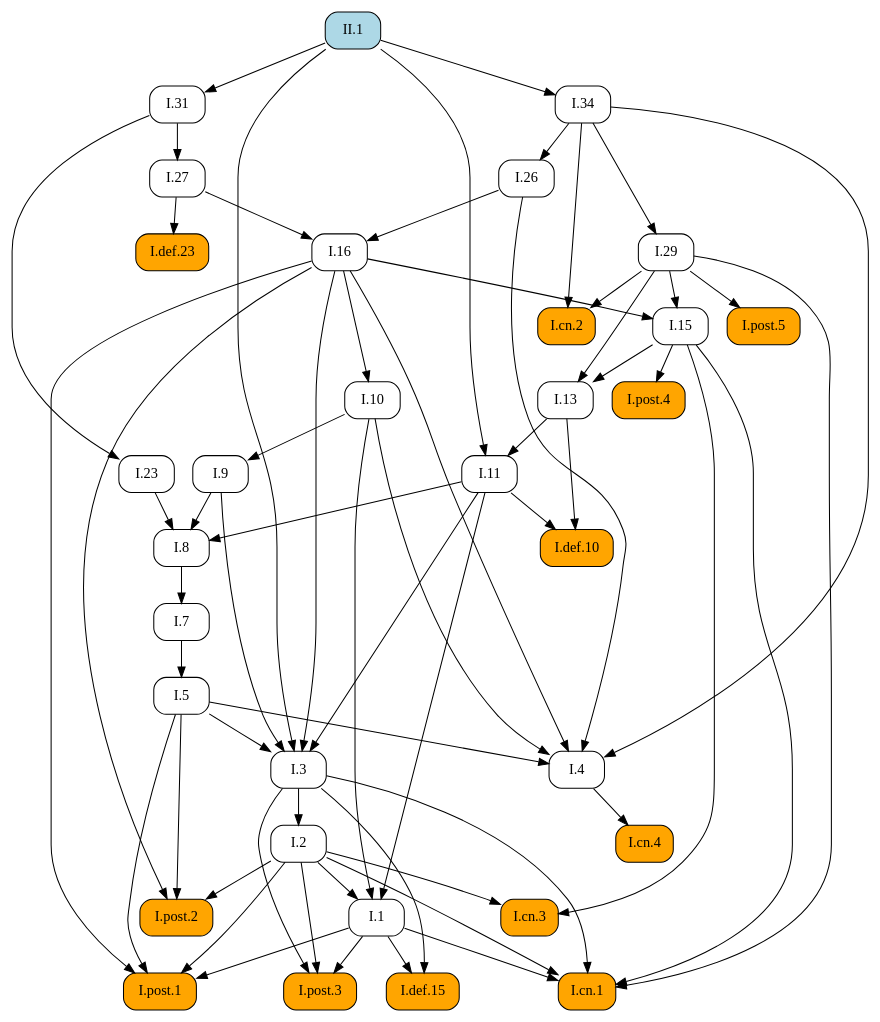
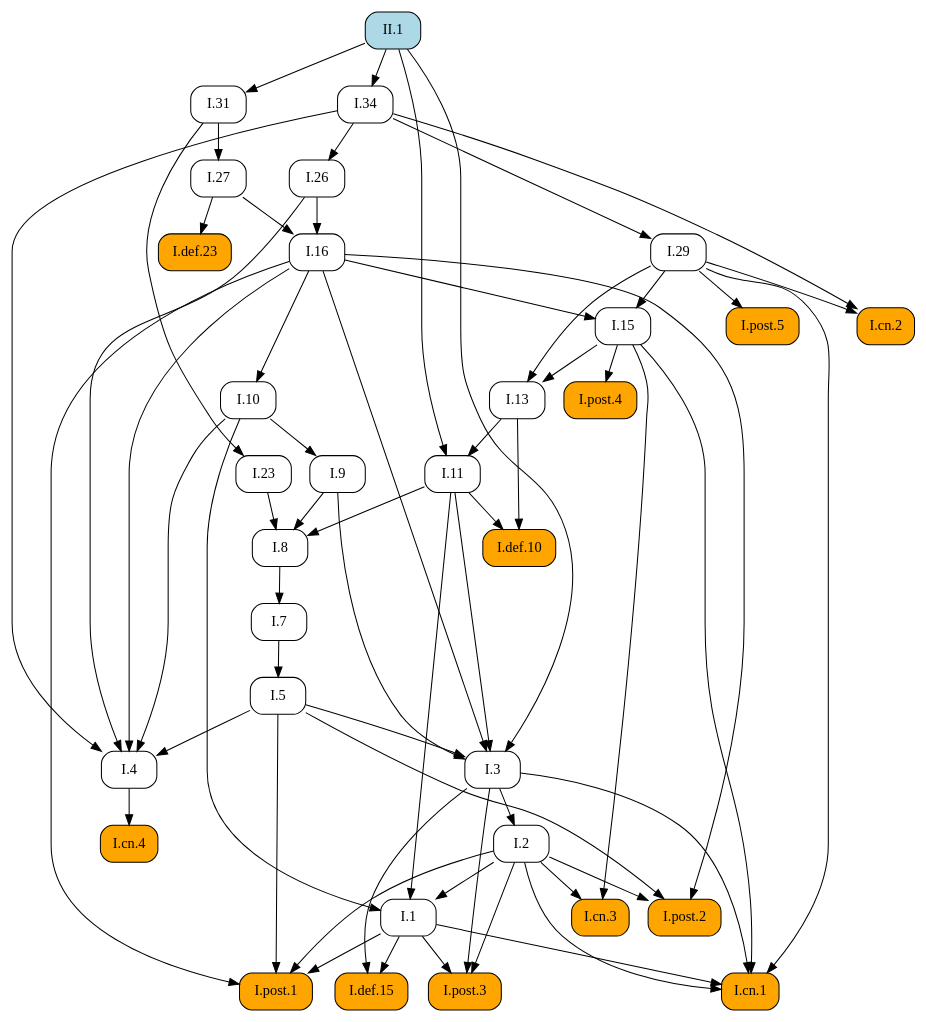
The diagram in docsrc/heath/II/1/index.rst (geometor/elements), drawn with Graphviz before and after one commit. The commit also changed other lines of this file and 484 other files, not shown here.

```diff
--- a/docsrc/heath/II/1/index.rst
+++ b/docsrc/heath/II/1/index.rst
@@ -50,98 +50,98 @@
    digraph {
      rankdir="TB";
      node [shape=box, style=rounded];
+     "I.23" [URL="/heath/I/23/", target="_top"];
+     "I.9" [URL="/heath/I/9/", target="_top"];
+     "I.cn.1" [style="rounded,filled", fillcolor=orange, URL="/heath/I/cn.1/", target="_top"];
+     "II.1" [style="rounded,filled", fillcolor=lightblue, URL="/heath/II/1/", target="_top"];
+     "I.7" [URL="/heath/I/7/", target="_top"];
+     "I.2" [URL="/heath/I/2/", target="_top"];
+     "I.def.15" [style="rounded,filled", fillcolor=orange, URL="/heath/I/def.15/", target="_top"];
+     "I.13" [URL="/heath/I/13/", target="_top"];
+     "I.post.4" [style="rounded,filled", fillcolor=orange, URL="/heath/I/post.4/", target="_top"];
+     "I.4" [URL="/heath/I/4/", target="_top"];
+     "I.1" [URL="/heath/I/1/", target="_top"];
+     "I.post.3" [style="rounded,filled", fillcolor=orange, URL="/heath/I/post.3/", target="_top"];
+     "I.post.1" [style="rounded,filled", fillcolor=orange, URL="/heath/I/post.1/", target="_top"];
+     "I.5" [URL="/heath/I/5/", target="_top"];
+     "I.8" [URL="/heath/I/8/", target="_top"];
+     "I.29" [URL="/heath/I/29/", target="_top"];
+     "I.cn.3" [style="rounded,filled", fillcolor=orange, URL="/heath/I/cn.3/", target="_top"];
+     "I.16" [URL="/heath/I/16/", target="_top"];
+     "I.31" [URL="/heath/I/31/", target="_top"];
      "I.def.10" [style="rounded,filled", fillcolor=orange, URL="/heath/I/def.10/", target="_top"];
+     "I.15" [URL="/heath/I/15/", target="_top"];
+     "I.10" [URL="/heath/I/10/", target="_top"];
      "I.11" [URL="/heath/I/11/", target="_top"];
-     "I.post.4" [style="rounded,filled", fillcolor=orange, URL="/heath/I/post.4/", target="_top"];
-     "I.1" [URL="/heath/I/1/", target="_top"];
+     "I.def.23" [style="rounded,filled", fillcolor=orange, URL="/heath/I/def.23/", target="_top"];
+     "I.cn.2" [style="rounded,filled", fillcolor=orange, URL="/heath/I/cn.2/", target="_top"];
      "I.27" [URL="/heath/I/27/", target="_top"];
+     "I.post.5" [style="rounded,filled", fillcolor=orange, URL="/heath/I/post.5/", target="_top"];
+     "I.cn.4" [style="rounded,filled", fillcolor=orange, URL="/heath/I/cn.4/", target="_top"];
+     "I.post.2" [style="rounded,filled", fillcolor=orange, URL="/heath/I/post.2/", target="_top"];
      "I.26" [URL="/heath/I/26/", target="_top"];
-     "I.7" [URL="/heath/I/7/", target="_top"];
      "I.34" [URL="/heath/I/34/", target="_top"];
      "I.3" [URL="/heath/I/3/", target="_top"];
-     "I.2" [URL="/heath/I/2/", target="_top"];
-     "I.4" [URL="/heath/I/4/", target="_top"];
-     "I.def.23" [style="rounded,filled", fillcolor=orange, URL="/heath/I/def.23/", target="_top"];
-     "I.29" [URL="/heath/I/29/", target="_top"];
-     "I.13" [URL="/heath/I/13/", target="_top"];
-     "I.cn.2" [style="rounded,filled", fillcolor=orange, URL="/heath/I/cn.2/", target="_top"];
-     "I.31" [URL="/heath/I/31/", target="_top"];
-     "I.post.2" [style="rounded,filled", fillcolor=orange, URL="/heath/I/post.2/", target="_top"];
-     "I.16" [URL="/heath/I/16/", target="_top"];
-     "I.def.15" [style="rounded,filled", fillcolor=orange, URL="/heath/I/def.15/", target="_top"];
-     "I.9" [URL="/heath/I/9/", target="_top"];
-     "I.post.3" [style="rounded,filled", fillcolor=orange, URL="/heath/I/post.3/", target="_top"];
-     "II.1" [style="rounded,filled", fillcolor=lightblue, URL="/heath/II/1/", target="_top"];
-     "I.cn.1" [style="rounded,filled", fillcolor=orange, URL="/heath/I/cn.1/", target="_top"];
-     "I.cn.3" [style="rounded,filled", fillcolor=orange, URL="/heath/I/cn.3/", target="_top"];
-     "I.8" [URL="/heath/I/8/", target="_top"];
-     "I.cn.4" [style="rounded,filled", fillcolor=orange, URL="/heath/I/cn.4/", target="_top"];
-     "I.23" [URL="/heath/I/23/", target="_top"];
-     "I.15" [URL="/heath/I/15/", target="_top"];
-     "I.post.5" [style="rounded,filled", fillcolor=orange, URL="/heath/I/post.5/", target="_top"];
-     "I.post.1" [style="rounded,filled", fillcolor=orange, URL="/heath/I/post.1/", target="_top"];
-     "I.10" [URL="/heath/I/10/", target="_top"];
-     "I.5" [URL="/heath/I/5/", target="_top"];
-     "I.11" -> "I.def.10";
-     "I.13" -> "I.def.10";
-     "I.13" -> "I.11";
-     "II.1" -> "I.11";
+     "I.31" -> "I.23";
+     "I.10" -> "I.9";
+     "I.1" -> "I.cn.1";
+     "I.2" -> "I.cn.1";
+     "I.3" -> "I.cn.1";
+     "I.15" -> "I.cn.1";
+     "I.29" -> "I.cn.1";
+     "I.8" -> "I.7";
+     "I.3" -> "I.2";
+     "I.1" -> "I.def.15";
+     "I.3" -> "I.def.15";
+     "I.15" -> "I.13";
+     "I.29" -> "I.13";
      "I.15" -> "I.post.4";
+     "I.5" -> "I.4";
+     "I.10" -> "I.4";
+     "I.16" -> "I.4";
+     "I.26" -> "I.4";
+     "I.34" -> "I.4";
      "I.2" -> "I.1";
      "I.10" -> "I.1";
      "I.11" -> "I.1";
+     "I.1" -> "I.post.3";
+     "I.2" -> "I.post.3";
+     "I.3" -> "I.post.3";
+     "I.1" -> "I.post.1";
+     "I.2" -> "I.post.1";
+     "I.5" -> "I.post.1";
+     "I.16" -> "I.post.1";
+     "I.7" -> "I.5";
+     "I.9" -> "I.8";
+     "I.11" -> "I.8";
+     "I.23" -> "I.8";
+     "I.34" -> "I.29";
+     "I.2" -> "I.cn.3";
+     "I.15" -> "I.cn.3";
+     "I.26" -> "I.16";
+     "I.27" -> "I.16";
+     "II.1" -> "I.31";
+     "I.11" -> "I.def.10";
+     "I.13" -> "I.def.10";
+     "I.16" -> "I.15";
+     "I.29" -> "I.15";
+     "I.16" -> "I.10";
+     "I.13" -> "I.11";
+     "II.1" -> "I.11";
+     "I.27" -> "I.def.23";
+     "I.29" -> "I.cn.2";
+     "I.34" -> "I.cn.2";
      "I.31" -> "I.27";
+     "I.29" -> "I.post.5";
+     "I.4" -> "I.cn.4";
+     "I.2" -> "I.post.2";
+     "I.5" -> "I.post.2";
+     "I.16" -> "I.post.2";
      "I.34" -> "I.26";
-     "I.8" -> "I.7";
      "II.1" -> "I.34";
      "I.5" -> "I.3";
      "I.9" -> "I.3";
      "I.11" -> "I.3";
      "I.16" -> "I.3";
      "II.1" -> "I.3";
-     "I.3" -> "I.2";
-     "I.5" -> "I.4";
-     "I.10" -> "I.4";
-     "I.16" -> "I.4";
-     "I.26" -> "I.4";
-     "I.34" -> "I.4";
-     "I.27" -> "I.def.23";
-     "I.34" -> "I.29";
-     "I.15" -> "I.13";
-     "I.29" -> "I.13";
-     "I.29" -> "I.cn.2";
-     "I.34" -> "I.cn.2";
-     "II.1" -> "I.31";
-     "I.2" -> "I.post.2";
-     "I.5" -> "I.post.2";
-     "I.16" -> "I.post.2";
-     "I.26" -> "I.16";
-     "I.27" -> "I.16";
-     "I.1" -> "I.def.15";
-     "I.3" -> "I.def.15";
-     "I.10" -> "I.9";
-     "I.1" -> "I.post.3";
-     "I.2" -> "I.post.3";
-     "I.3" -> "I.post.3";
-     "I.1" -> "I.cn.1";
-     "I.2" -> "I.cn.1";
-     "I.3" -> "I.cn.1";
-     "I.15" -> "I.cn.1";
-     "I.29" -> "I.cn.1";
-     "I.2" -> "I.cn.3";
-     "I.15" -> "I.cn.3";
-     "I.9" -> "I.8";
-     "I.11" -> "I.8";
-     "I.23" -> "I.8";
-     "I.4" -> "I.cn.4";
-     "I.31" -> "I.23";
-     "I.16" -> "I.15";
-     "I.29" -> "I.15";
-     "I.29" -> "I.post.5";
-     "I.1" -> "I.post.1";
-     "I.2" -> "I.post.1";
-     "I.5" -> "I.post.1";
-     "I.16" -> "I.post.1";
-     "I.16" -> "I.10";
-     "I.7" -> "I.5";
    }
```
